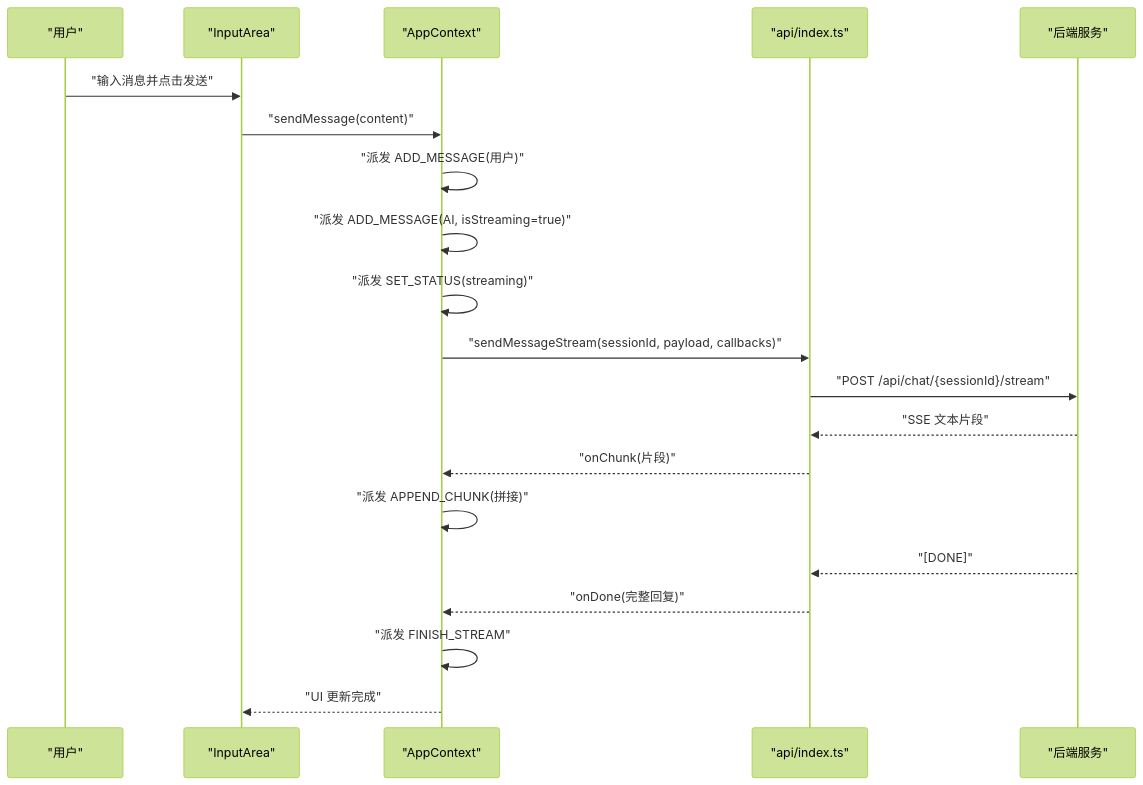
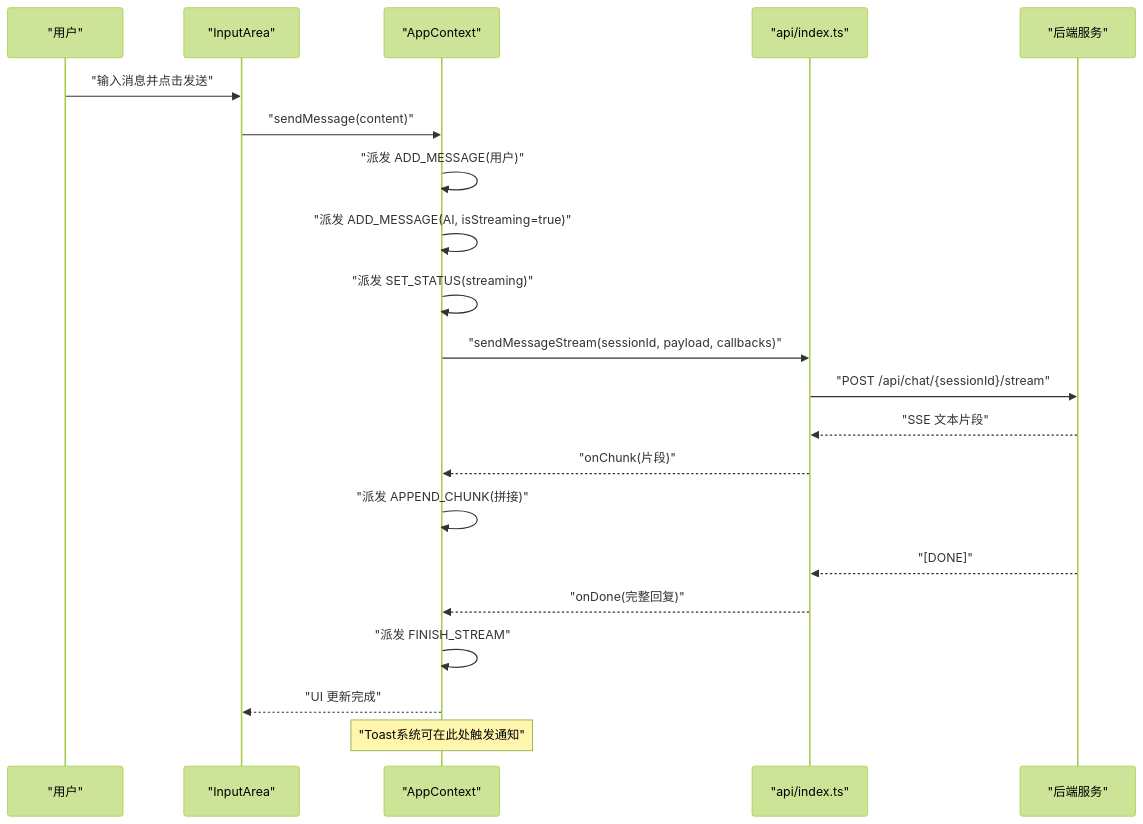
The second of 9 diagrams in .qoder/repowiki/zh/content/前端应用详解/前端应用详解.md (L1mingyoung/ex), drawn with Mermaid (forest theme) before and after one commit. The commit also changed other lines of this file and 21 other files, not shown here.

````diff
--- a/.qoder/repowiki/zh/content/前端应用详解/前端应用详解.md
+++ b/.qoder/repowiki/zh/content/前端应用详解/前端应用详解.md
@@ -95,22 +118,23 @@
 ```mermaid
 sequenceDiagram
 participant U as "用户"
 participant IA as "InputArea"
 participant AC as "AppContext"
 participant API as "api/index.ts"
 participant S as "后端服务"
 U->>IA : "输入消息并点击发送"
 IA->>AC : "sendMessage(content)"
 AC->>AC : "派发 ADD_MESSAGE(用户)"
 AC->>AC : "派发 ADD_MESSAGE(AI, isStreaming=true)"
 AC->>AC : "派发 SET_STATUS(streaming)"
 AC->>API : "sendMessageStream(sessionId, payload, callbacks)"
 API->>S : "POST /api/chat/{sessionId}/stream"
 S-->>API : "SSE 文本片段"
 API-->>AC : "onChunk(片段)"
 AC->>AC : "派发 APPEND_CHUNK(拼接)"
 S-->>API : "[DONE]"
 API-->>AC : "onDone(完整回复)"
 AC->>AC : "派发 FINISH_STREAM"
 AC-->>IA : "UI 更新完成"
+Note over AC : "Toast系统可在此处触发通知"
 ```
````
